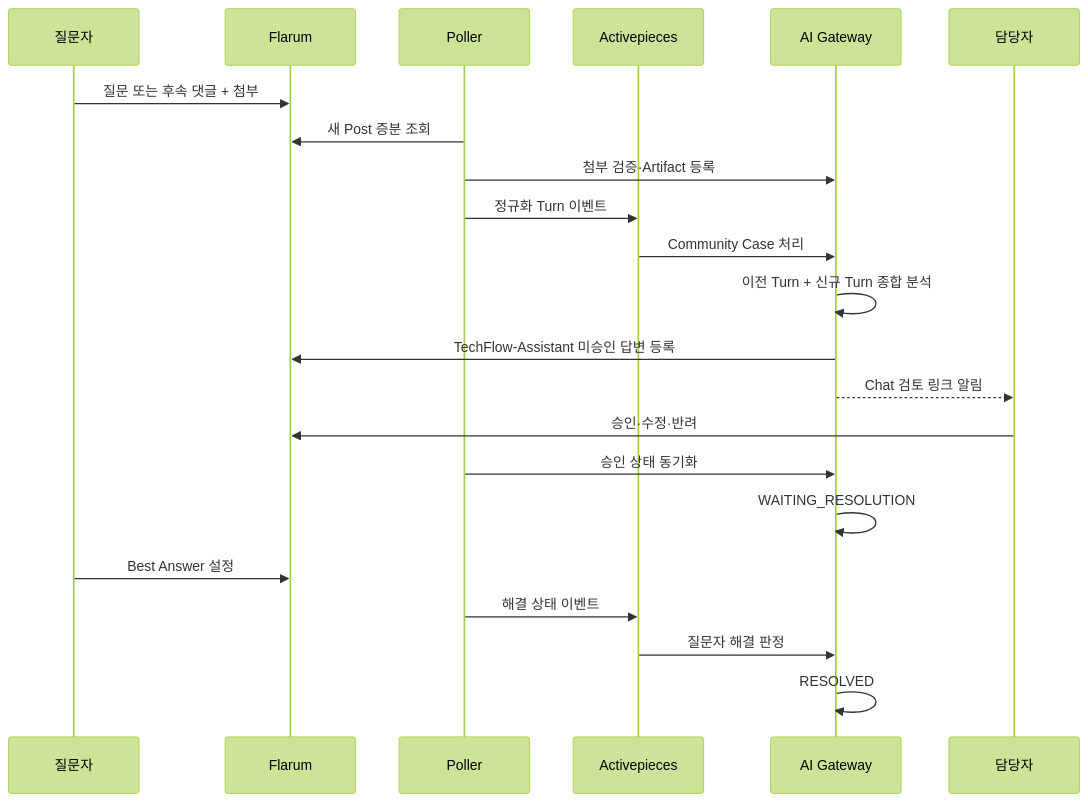
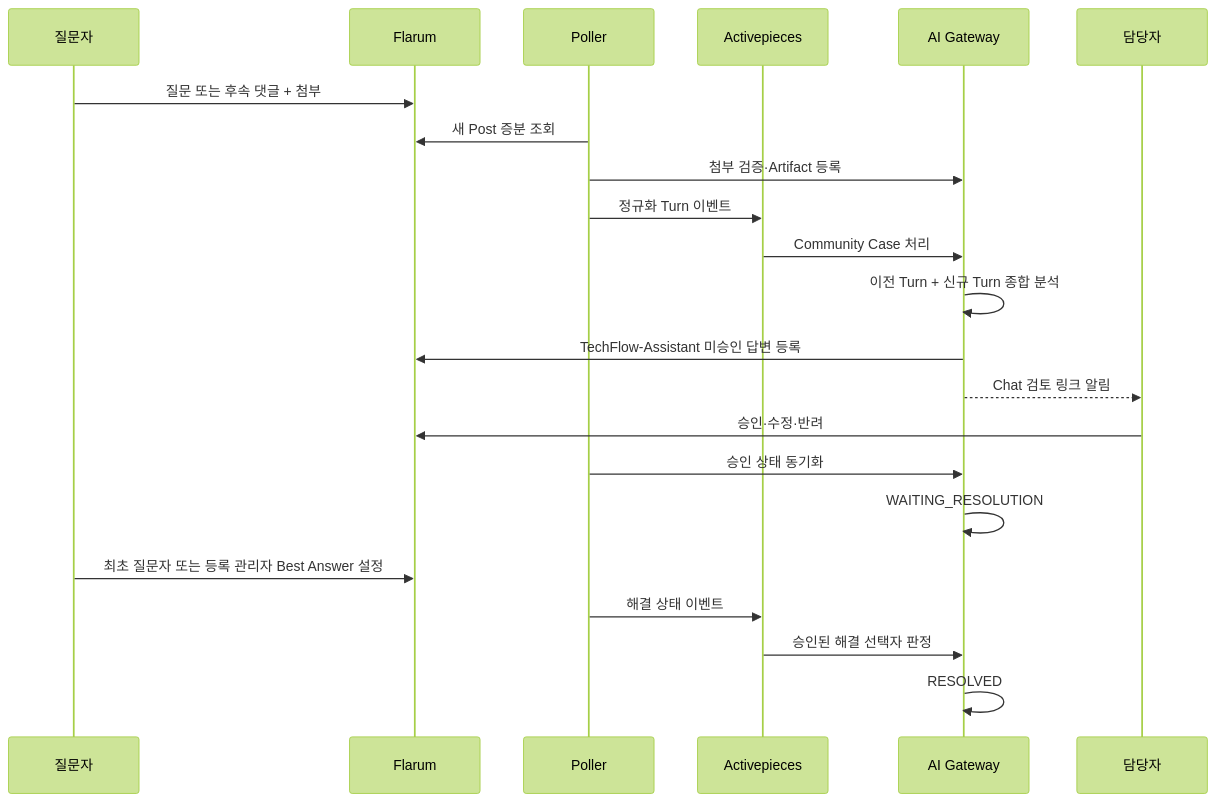
One commit to ablecloud-team/ablestack-techflow changed the first of 2 diagrams in docs/plans/issues-66-68-community-conversation-design.md. Above: the diagram before and after it, drawn with Mermaid (forest theme). The commit also changed other lines of this file and 22 other files, not shown here.

Commit message:
feat: 질문자 또는 관리자 KB 승인 지원

````diff
--- a/docs/plans/issues-66-68-community-conversation-design.md
+++ b/docs/plans/issues-66-68-community-conversation-design.md
@@ -31,25 +32,25 @@
 ```mermaid
 sequenceDiagram
     participant U as 질문자
     participant F as Flarum
     participant P as Poller
     participant A as Activepieces
     participant G as AI Gateway
     participant R as 담당자
 
     U->>F: 질문 또는 후속 댓글 + 첨부
     P->>F: 새 Post 증분 조회
     P->>G: 첨부 검증·Artifact 등록
     P->>A: 정규화 Turn 이벤트
     A->>G: Community Case 처리
     G->>G: 이전 Turn + 신규 Turn 종합 분석
     G->>F: TechFlow-Assistant 미승인 답변 등록
     G-->>R: Chat 검토 링크 알림
     R->>F: 승인·수정·반려
     P->>G: 승인 상태 동기화
     G->>G: WAITING_RESOLUTION
-    U->>F: Best Answer 설정
+    U->>F: 최초 질문자 또는 등록 관리자 Best Answer 설정
     P->>A: 해결 상태 이벤트
-    A->>G: 질문자 해결 판정
+    A->>G: 승인된 해결 선택자 판정
     G->>G: RESOLVED
 ```
````
